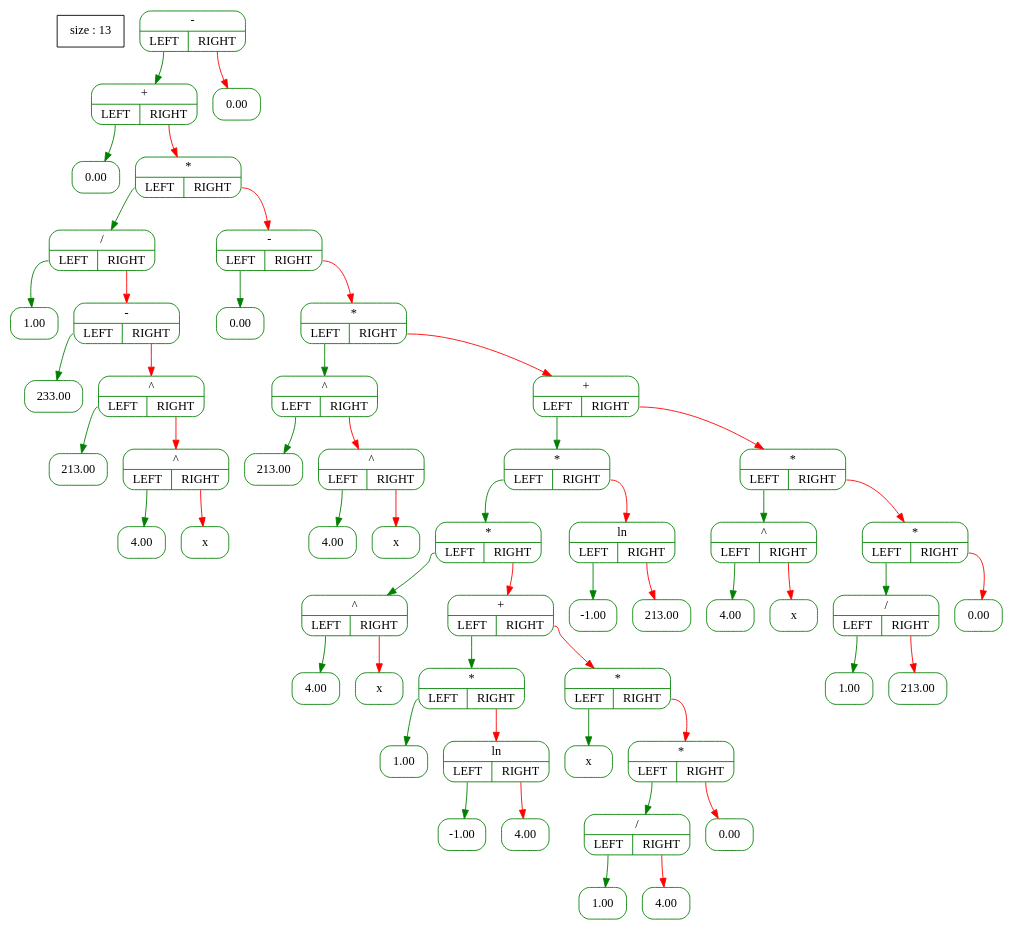
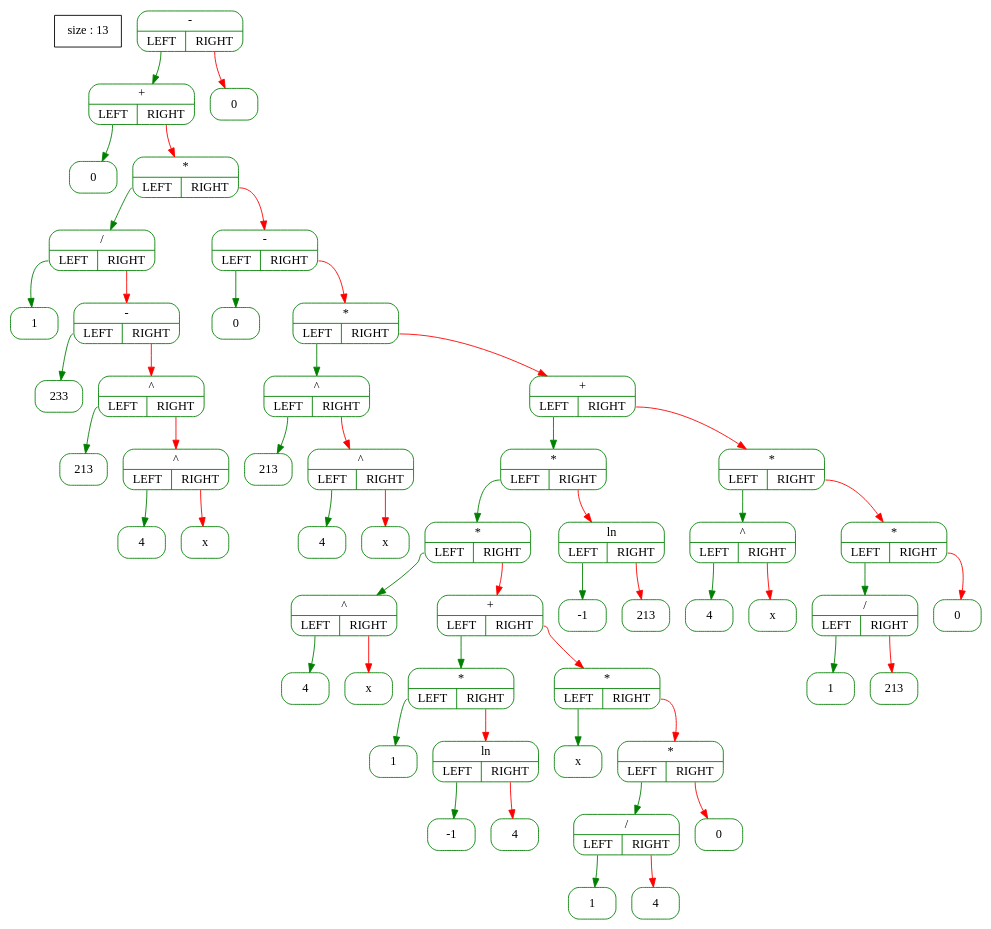
One commit to A-Elbereth-Gilthoniel/Differentiator changed the diagram in files/Tree_graph3.dot. Above: the diagram before and after it, drawn with Graphviz. The commit also changed 21 other files, not shown here.

```diff
--- a/files/Tree_graph3.dot
+++ b/files/Tree_graph3.dot
@@ -1,110 +1,110 @@
 digraph G {                
   tree [shape=box ; stryle=rounded ; label="size : 13"];                
   edge [color=black];                
   node [shape=record ; style=rounded ; color=green];
-14717528 [label="{-|{<YES>LEFT|<NO>RIGHT}}"];
-14716368 [label="{+|{<YES>LEFT|<NO>RIGHT}}"];
-14716328 [label="{0.00}"];
-14716528 [label="{*|{<YES>LEFT|<NO>RIGHT}}"];
-14716568 [label="{/|{<YES>LEFT|<NO>RIGHT}}"];
-14718704 [label="{1.00}"];
-14718824 [label="{-|{<YES>LEFT|<NO>RIGHT}}"];
-14718024 [label="{233.00}"];
-14718384 [label="{^|{<YES>LEFT|<NO>RIGHT}}"];
-14719024 [label="{213.00}"];
-14718064 [label="{^|{<YES>LEFT|<NO>RIGHT}}"];
-14717784 [label="{4.00}"];
-14718624 [label="{x}"];
-14718864 [label="{-|{<YES>LEFT|<NO>RIGHT}}"];
-14718784 [label="{0.00}"];
-14718144 [label="{*|{<YES>LEFT|<NO>RIGHT}}"];
-14718224 [label="{^|{<YES>LEFT|<NO>RIGHT}}"];
-14717864 [label="{213.00}"];
-14718264 [label="{^|{<YES>LEFT|<NO>RIGHT}}"];
-14717984 [label="{4.00}"];
-14718304 [label="{x}"];
-14719424 [label="{+|{<YES>LEFT|<NO>RIGHT}}"];
-14719184 [label="{*|{<YES>LEFT|<NO>RIGHT}}"];
-14719584 [label="{*|{<YES>LEFT|<NO>RIGHT}}"];
-14719304 [label="{^|{<YES>LEFT|<NO>RIGHT}}"];
-14719624 [label="{4.00}"];
-14719144 [label="{x}"];
-14721160 [label="{+|{<YES>LEFT|<NO>RIGHT}}"];
-14721560 [label="{*|{<YES>LEFT|<NO>RIGHT}}"];
-14721120 [label="{1.00}"];
-14721800 [label="{ln|{<YES>LEFT|<NO>RIGHT}}"];
-14721640 [label="{-1.00}"];
-14721240 [label="{4.00}"];
-14721760 [label="{*|{<YES>LEFT|<NO>RIGHT}}"];
-14721200 [label="{x}"];
-14721520 [label="{*|{<YES>LEFT|<NO>RIGHT}}"];
-14721600 [label="{/|{<YES>LEFT|<NO>RIGHT}}"];
-14721680 [label="{1.00}"];
-14721480 [label="{4.00}"];
-14721720 [label="{0.00}"];
-14719504 [label="{ln|{<YES>LEFT|<NO>RIGHT}}"];
-14719544 [label="{-1.00}"];
-14719664 [label="{213.00}"];
-14719464 [label="{*|{<YES>LEFT|<NO>RIGHT}}"];
-14720000 [label="{^|{<YES>LEFT|<NO>RIGHT}}"];
-14720960 [label="{4.00}"];
-14720840 [label="{x}"];
-14720560 [label="{*|{<YES>LEFT|<NO>RIGHT}}"];
-14719880 [label="{/|{<YES>LEFT|<NO>RIGHT}}"];
-14719920 [label="{1.00}"];
-14721080 [label="{213.00}"];
-14720720 [label="{0.00}"];
-14720240 [label="{0.00}"];
-14717528:<YES> -> 14716368 [color=green];
-14716368:<YES> -> 14716328 [color=green];
-14716368:<NO> -> 14716528 [color=red];
-14716528:<YES> -> 14716568 [color=green];
-14716568:<YES> -> 14718704 [color=green];
-14716568:<NO> -> 14718824 [color=red];
-14718824:<YES> -> 14718024 [color=green];
-14718824:<NO> -> 14718384 [color=red];
-14718384:<YES> -> 14719024 [color=green];
-14718384:<NO> -> 14718064 [color=red];
-14718064:<YES> -> 14717784 [color=green];
-14718064:<NO> -> 14718624 [color=red];
-14716528:<NO> -> 14718864 [color=red];
-14718864:<YES> -> 14718784 [color=green];
-14718864:<NO> -> 14718144 [color=red];
-14718144:<YES> -> 14718224 [color=green];
-14718224:<YES> -> 14717864 [color=green];
-14718224:<NO> -> 14718264 [color=red];
-14718264:<YES> -> 14717984 [color=green];
-14718264:<NO> -> 14718304 [color=red];
-14718144:<NO> -> 14719424 [color=red];
-14719424:<YES> -> 14719184 [color=green];
-14719184:<YES> -> 14719584 [color=green];
-14719584:<YES> -> 14719304 [color=green];
-14719304:<YES> -> 14719624 [color=green];
-14719304:<NO> -> 14719144 [color=red];
-14719584:<NO> -> 14721160 [color=red];
-14721160:<YES> -> 14721560 [color=green];
-14721560:<YES> -> 14721120 [color=green];
-14721560:<NO> -> 14721800 [color=red];
-14721800:<YES> -> 14721640 [color=green];
-14721800:<NO> -> 14721240 [color=red];
-14721160:<NO> -> 14721760 [color=red];
-14721760:<YES> -> 14721200 [color=green];
-14721760:<NO> -> 14721520 [color=red];
-14721520:<YES> -> 14721600 [color=green];
-14721600:<YES> -> 14721680 [color=green];
-14721600:<NO> -> 14721480 [color=red];
-14721520:<NO> -> 14721720 [color=red];
-14719184:<NO> -> 14719504 [color=red];
-14719504:<YES> -> 14719544 [color=green];
-14719504:<NO> -> 14719664 [color=red];
-14719424:<NO> -> 14719464 [color=red];
-14719464:<YES> -> 14720000 [color=green];
-14720000:<YES> -> 14720960 [color=green];
-14720000:<NO> -> 14720840 [color=red];
-14719464:<NO> -> 14720560 [color=red];
-14720560:<YES> -> 14719880 [color=green];
-14719880:<YES> -> 14719920 [color=green];
-14719880:<NO> -> 14721080 [color=red];
-14720560:<NO> -> 14720720 [color=red];
-14717528:<NO> -> 14720240 [color=red];
+14973848 [label="{-|{<YES>LEFT|<NO>RIGHT}}"];
+14974888 [label="{+|{<YES>LEFT|<NO>RIGHT}}"];
+14975288 [label="{0}"];
+14975008 [label="{*|{<YES>LEFT|<NO>RIGHT}}"];
+14975168 [label="{/|{<YES>LEFT|<NO>RIGHT}}"];
+14976264 [label="{1}"];
+14976904 [label="{-|{<YES>LEFT|<NO>RIGHT}}"];
+14976944 [label="{233}"];
+14976984 [label="{^|{<YES>LEFT|<NO>RIGHT}}"];
+14976664 [label="{213}"];
+14976224 [label="{^|{<YES>LEFT|<NO>RIGHT}}"];
+14976504 [label="{4}"];
+14976344 [label="{x}"];
+14976784 [label="{-|{<YES>LEFT|<NO>RIGHT}}"];
+14975784 [label="{0}"];
+14975824 [label="{*|{<YES>LEFT|<NO>RIGHT}}"];
+14976744 [label="{^|{<YES>LEFT|<NO>RIGHT}}"];
+14975984 [label="{213}"];
+14975864 [label="{^|{<YES>LEFT|<NO>RIGHT}}"];
+14976024 [label="{4}"];
+14976304 [label="{x}"];
+14977624 [label="{+|{<YES>LEFT|<NO>RIGHT}}"];
+14977384 [label="{*|{<YES>LEFT|<NO>RIGHT}}"];
+14977704 [label="{*|{<YES>LEFT|<NO>RIGHT}}"];
+14977504 [label="{^|{<YES>LEFT|<NO>RIGHT}}"];
+14977744 [label="{4}"];
+14977064 [label="{x}"];
+14978280 [label="{+|{<YES>LEFT|<NO>RIGHT}}"];
+14978520 [label="{*|{<YES>LEFT|<NO>RIGHT}}"];
+14978640 [label="{1}"];
+14977960 [label="{ln|{<YES>LEFT|<NO>RIGHT}}"];
+14978120 [label="{-1}"];
+14978560 [label="{4}"];
+14978680 [label="{*|{<YES>LEFT|<NO>RIGHT}}"];
+14978320 [label="{x}"];
+14978000 [label="{*|{<YES>LEFT|<NO>RIGHT}}"];
+14979080 [label="{/|{<YES>LEFT|<NO>RIGHT}}"];
+14978720 [label="{1}"];
+14978040 [label="{4}"];
+14978600 [label="{0}"];
+14977344 [label="{ln|{<YES>LEFT|<NO>RIGHT}}"];
+14977544 [label="{-1}"];
+14977304 [label="{213}"];
+14977424 [label="{*|{<YES>LEFT|<NO>RIGHT}}"];
+14978800 [label="{^|{<YES>LEFT|<NO>RIGHT}}"];
+14978160 [label="{4}"];
+14977840 [label="{x}"];
+14979000 [label="{*|{<YES>LEFT|<NO>RIGHT}}"];
+14978360 [label="{/|{<YES>LEFT|<NO>RIGHT}}"];
+14977920 [label="{1}"];
+14978400 [label="{213}"];
+14979040 [label="{0}"];
+14978200 [label="{0}"];
+14973848:<YES> -> 14974888 [color=green];
+14974888:<YES> -> 14975288 [color=green];
+14974888:<NO> -> 14975008 [color=red];
+14975008:<YES> -> 14975168 [color=green];
+14975168:<YES> -> 14976264 [color=green];
+14975168:<NO> -> 14976904 [color=red];
+14976904:<YES> -> 14976944 [color=green];
+14976904:<NO> -> 14976984 [color=red];
+14976984:<YES> -> 14976664 [color=green];
+14976984:<NO> -> 14976224 [color=red];
+14976224:<YES> -> 14976504 [color=green];
+14976224:<NO> -> 14976344 [color=red];
+14975008:<NO> -> 14976784 [color=red];
+14976784:<YES> -> 14975784 [color=green];
+14976784:<NO> -> 14975824 [color=red];
+14975824:<YES> -> 14976744 [color=green];
+14976744:<YES> -> 14975984 [color=green];
+14976744:<NO> -> 14975864 [color=red];
+14975864:<YES> -> 14976024 [color=green];
+14975864:<NO> -> 14976304 [color=red];
+14975824:<NO> -> 14977624 [color=red];
+14977624:<YES> -> 14977384 [color=green];
+14977384:<YES> -> 14977704 [color=green];
+14977704:<YES> -> 14977504 [color=green];
+14977504:<YES> -> 14977744 [color=green];
+14977504:<NO> -> 14977064 [color=red];
+14977704:<NO> -> 14978280 [color=red];
+14978280:<YES> -> 14978520 [color=green];
+14978520:<YES> -> 14978640 [color=green];
+14978520:<NO> -> 14977960 [color=red];
+14977960:<YES> -> 14978120 [color=green];
+14977960:<NO> -> 14978560 [color=red];
+14978280:<NO> -> 14978680 [color=red];
+14978680:<YES> -> 14978320 [color=green];
+14978680:<NO> -> 14978000 [color=red];
+14978000:<YES> -> 14979080 [color=green];
+14979080:<YES> -> 14978720 [color=green];
+14979080:<NO> -> 14978040 [color=red];
+14978000:<NO> -> 14978600 [color=red];
+14977384:<NO> -> 14977344 [color=red];
+14977344:<YES> -> 14977544 [color=green];
+14977344:<NO> -> 14977304 [color=red];
+14977624:<NO> -> 14977424 [color=red];
+14977424:<YES> -> 14978800 [color=green];
+14978800:<YES> -> 14978160 [color=green];
+14978800:<NO> -> 14977840 [color=red];
+14977424:<NO> -> 14979000 [color=red];
+14979000:<YES> -> 14978360 [color=green];
+14978360:<YES> -> 14977920 [color=green];
+14978360:<NO> -> 14978400 [color=red];
+14979000:<NO> -> 14979040 [color=red];
+14973848:<NO> -> 14978200 [color=red];
 }
```
